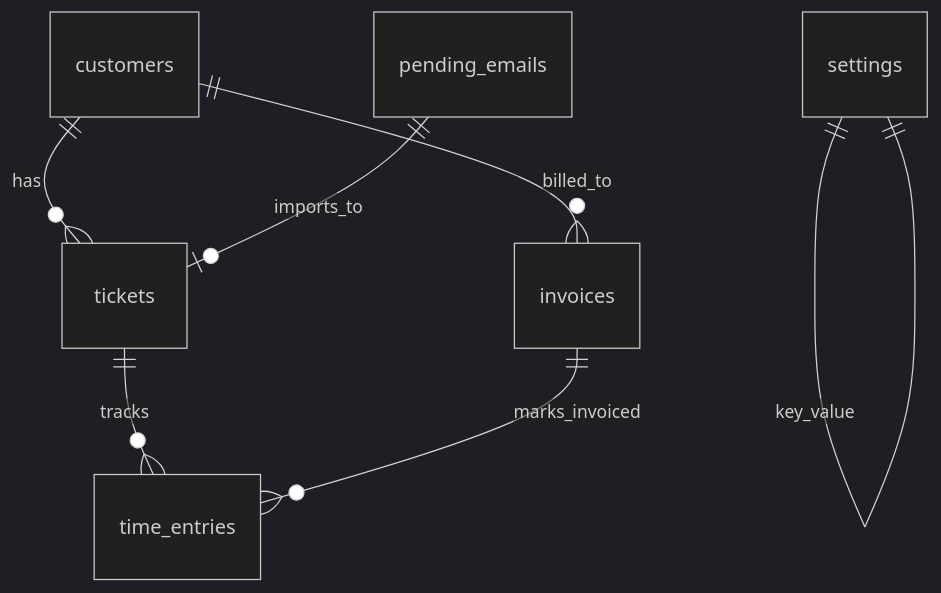
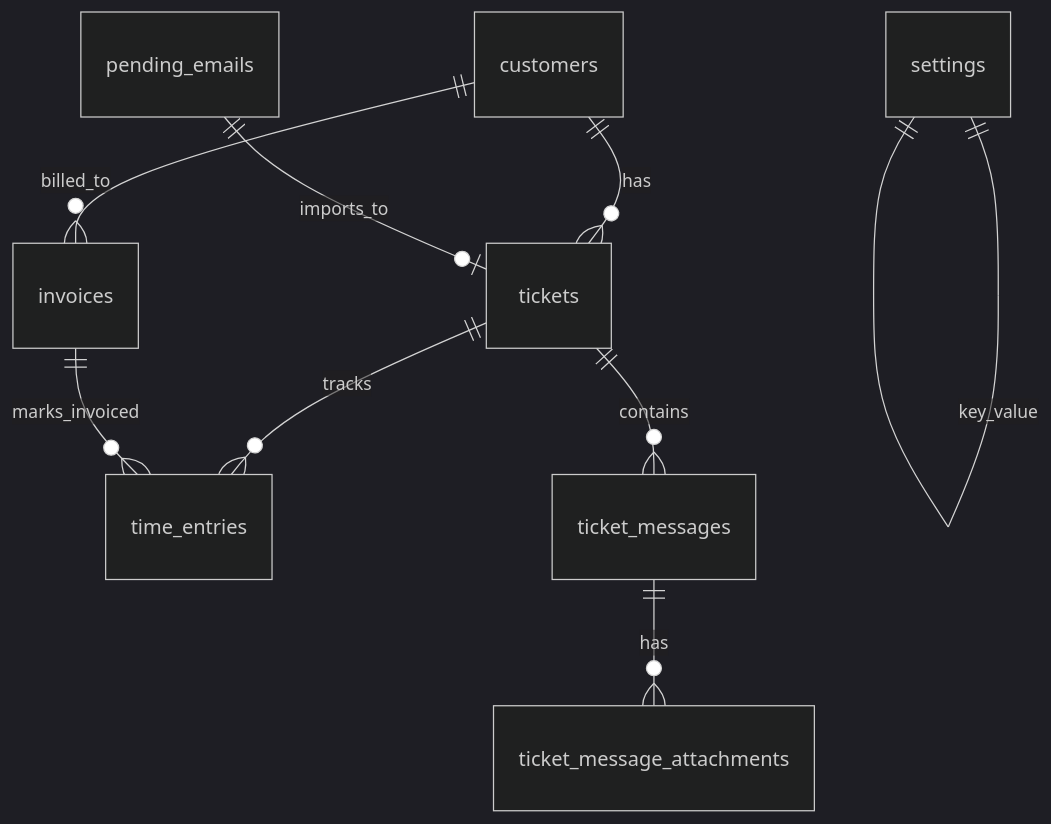
Before and after one commit to bigberryj/geekshop-hq: the diagram in docs/schema.md, drawn with Mermaid (dark theme). The commit also changed other lines of this file and 39 other files, not shown here.

````diff
--- a/docs/schema.md
+++ b/docs/schema.md
@@ -7,9 +7,11 @@
 ```mermaid
 erDiagram
   customers ||--o{ tickets : has
   customers ||--o{ invoices : billed_to
   tickets ||--o{ time_entries : tracks
+  tickets ||--o{ ticket_messages : contains
+  ticket_messages ||--o{ ticket_message_attachments : has
   pending_emails ||--o| tickets : imports_to
   invoices ||--o{ time_entries : marks_invoiced
   settings ||--|| settings : key_value
 ```
````
